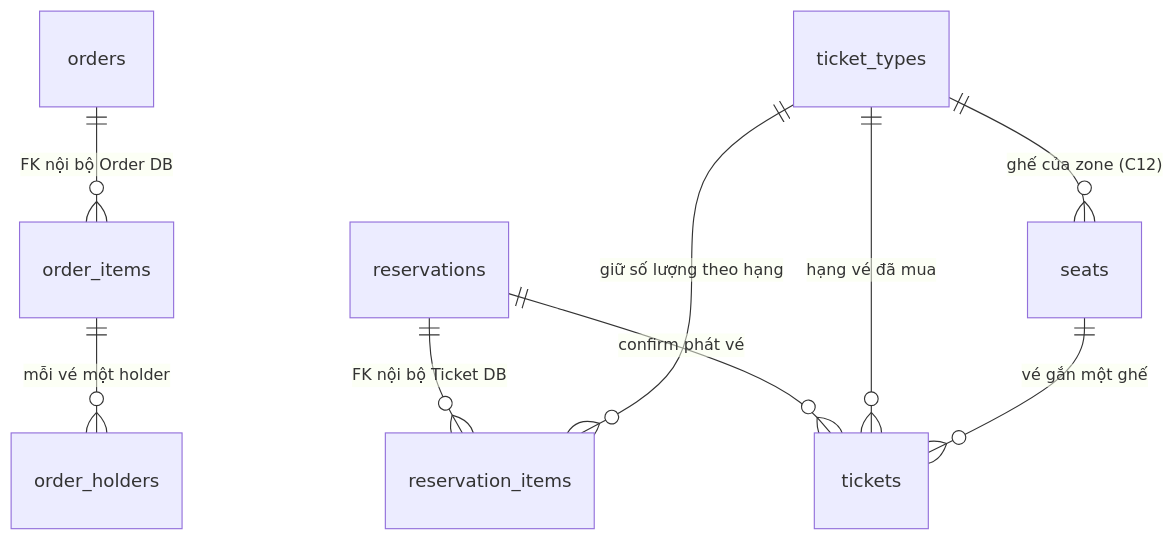
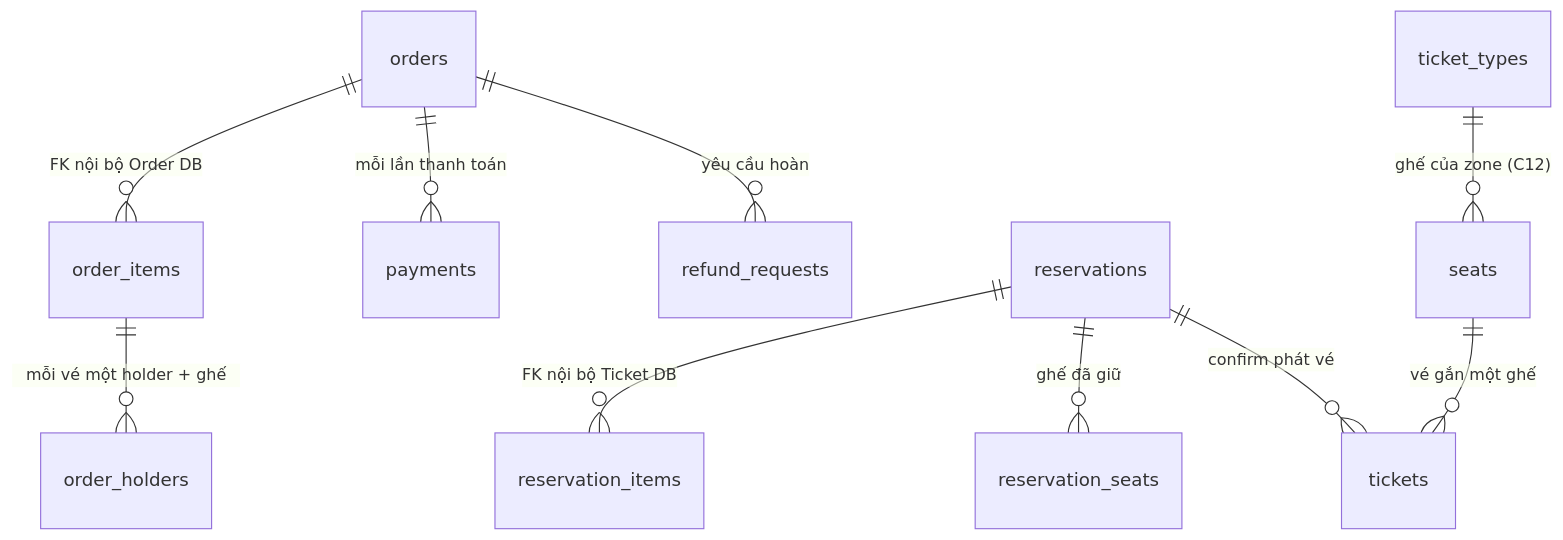
Before and after one commit to duymk123/EventHub: the fourth of 4 diagrams in docs/architecture/README.md, drawn with Mermaid. The commit also changed other lines of this file and 6 other files, not shown here.

````diff
--- a/docs/architecture/README.md
+++ b/docs/architecture/README.md
@@ -46,11 +120,12 @@
 ```mermaid
 erDiagram
     orders ||--o{ order_items : "FK nội bộ Order DB"
-    order_items ||--o{ order_holders : "mỗi vé một holder"
+    order_items ||--o{ order_holders : "mỗi vé một holder + ghế"
+    orders ||--o{ payments : "mỗi lần thanh toán"
+    orders ||--o{ refund_requests : "yêu cầu hoàn"
     reservations ||--o{ reservation_items : "FK nội bộ Ticket DB"
-    ticket_types ||--o{ reservation_items : "giữ số lượng theo hạng"
+    reservations ||--o{ reservation_seats : "ghế đã giữ"
+    ticket_types ||--o{ seats : "ghế của zone (C12)"
     reservations ||--o{ tickets : "confirm phát vé"
-    ticket_types ||--o{ tickets : "hạng vé đã mua"
-    ticket_types ||--o{ seats : "ghế của zone (C12)"
     seats ||--o{ tickets : "vé gắn một ghế"
 ```
````
